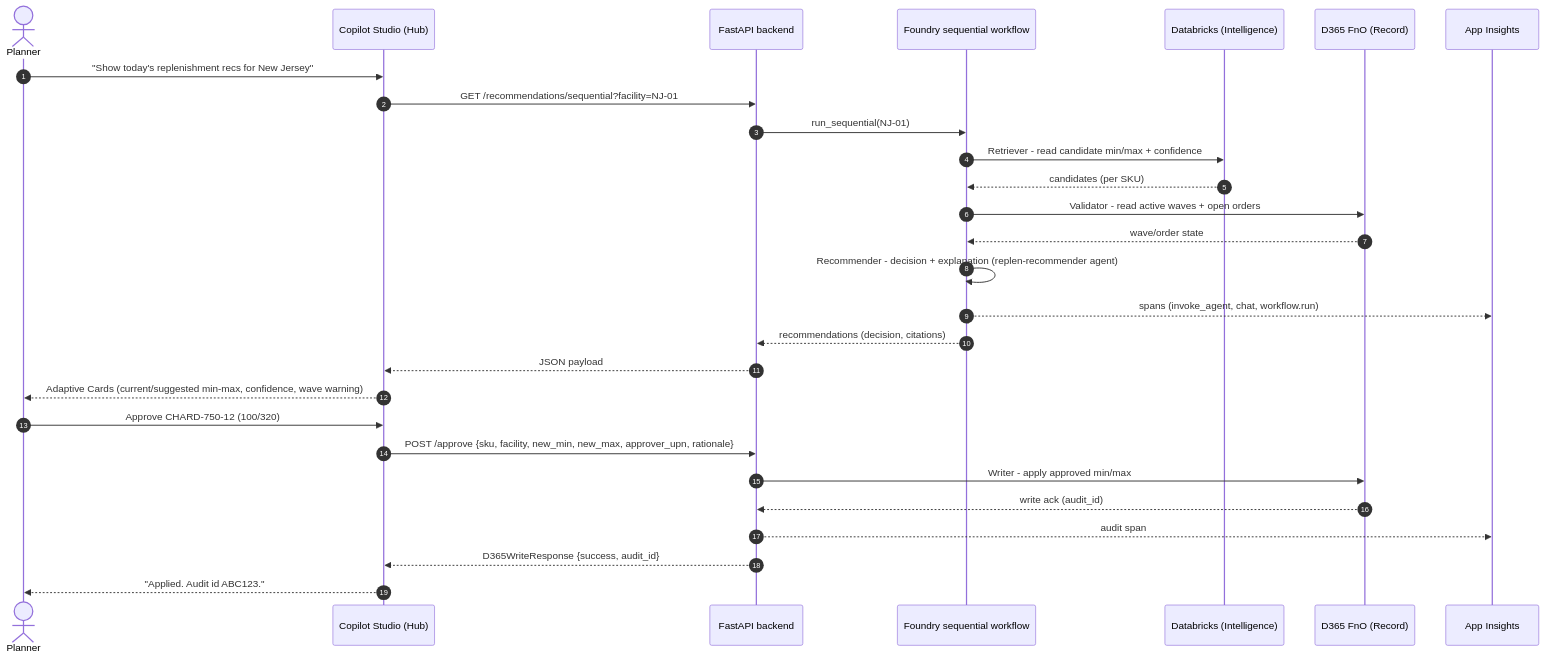
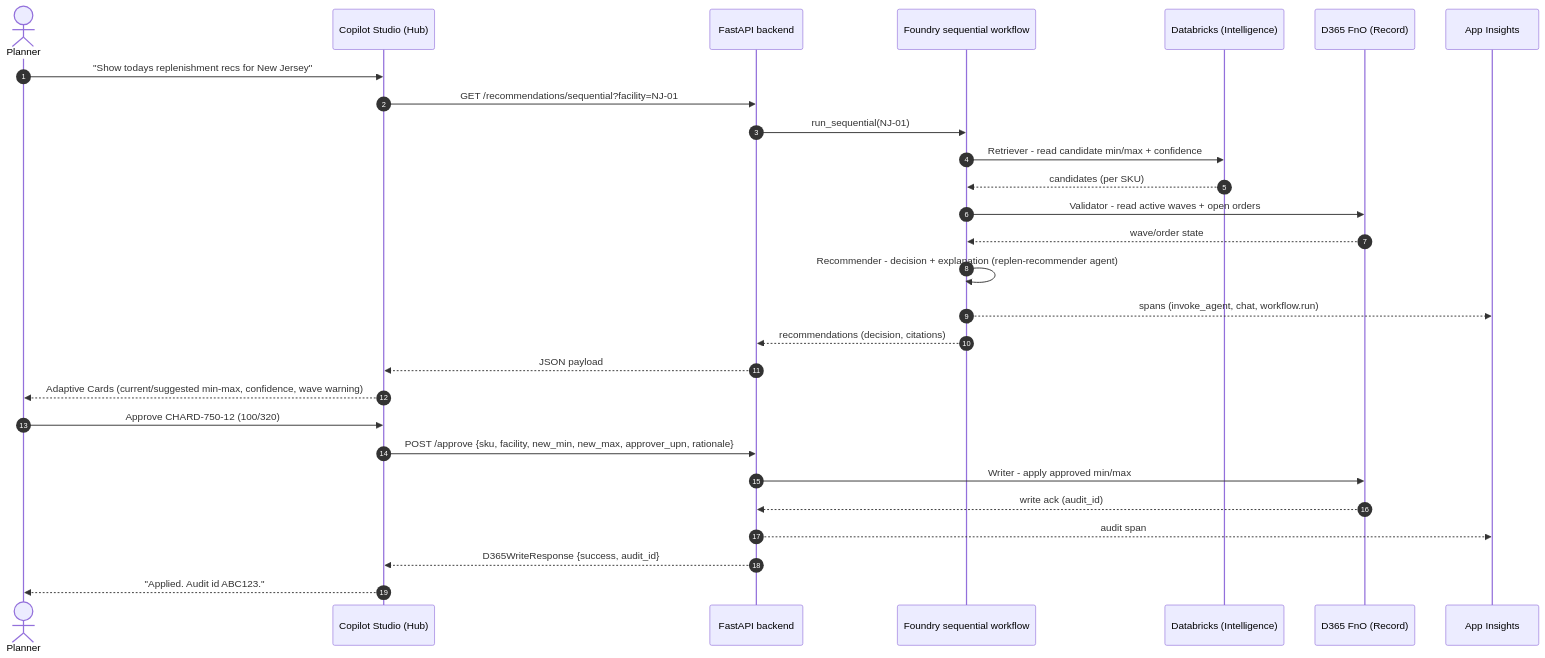
One commit to honestypugh2/warehouse-replenishment-ai-demo changed the second of 7 diagrams in docs/07-demo-options.md. Above: the diagram before and after it, drawn with Mermaid. The commit also changed 3 other files, not shown here.

Commit message:
fix: additional Mermaid rendering fixes across docs

````diff
--- a/docs/07-demo-options.md
+++ b/docs/07-demo-options.md
@@ -65,32 +65,32 @@
 ```mermaid
 sequenceDiagram
     autonumber
     actor Planner
     participant CS as Copilot Studio (Hub)
     participant API as FastAPI backend
     participant WF as Foundry sequential workflow
     participant DBX as Databricks (Intelligence)
     participant D365 as D365 FnO (Record)
     participant AI as App Insights
 
-    Planner->>CS: "Show today's replenishment recs for New Jersey"
+    Planner->>CS: "Show todays replenishment recs for New Jersey"
     CS->>API: GET /recommendations/sequential?facility=NJ-01
     API->>WF: run_sequential(NJ-01)
     WF->>DBX: Retriever - read candidate min/max + confidence
     DBX-->>WF: candidates (per SKU)
     WF->>D365: Validator - read active waves + open orders
     D365-->>WF: wave/order state
     WF->>WF: Recommender - decision + explanation (replen-recommender agent)
     WF-->>AI: spans (invoke_agent, chat, workflow.run)
     WF-->>API: recommendations (decision, citations)
     API-->>CS: JSON payload
     CS-->>Planner: Adaptive Cards (current/suggested min-max, confidence, wave warning)
 
     Planner->>CS: Approve CHARD-750-12 (100/320)
     CS->>API: POST /approve {sku, facility, new_min, new_max, approver_upn, rationale}
     API->>D365: Writer - apply approved min/max
     D365-->>API: write ack (audit_id)
     API-->>AI: audit span
     API-->>CS: D365WriteResponse {success, audit_id}
     CS-->>Planner: "Applied. Audit id ABC123."
 ```
````
